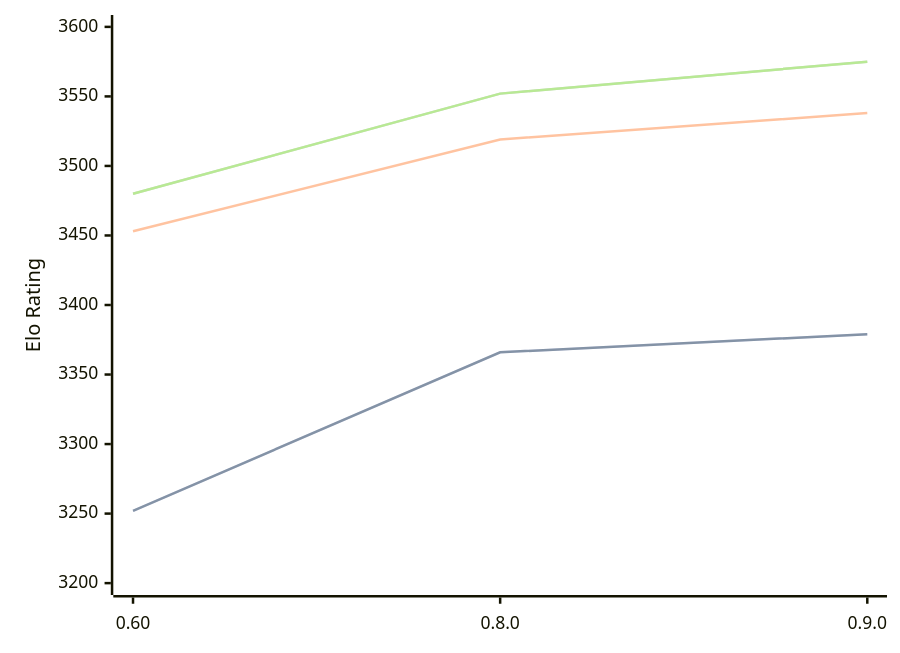
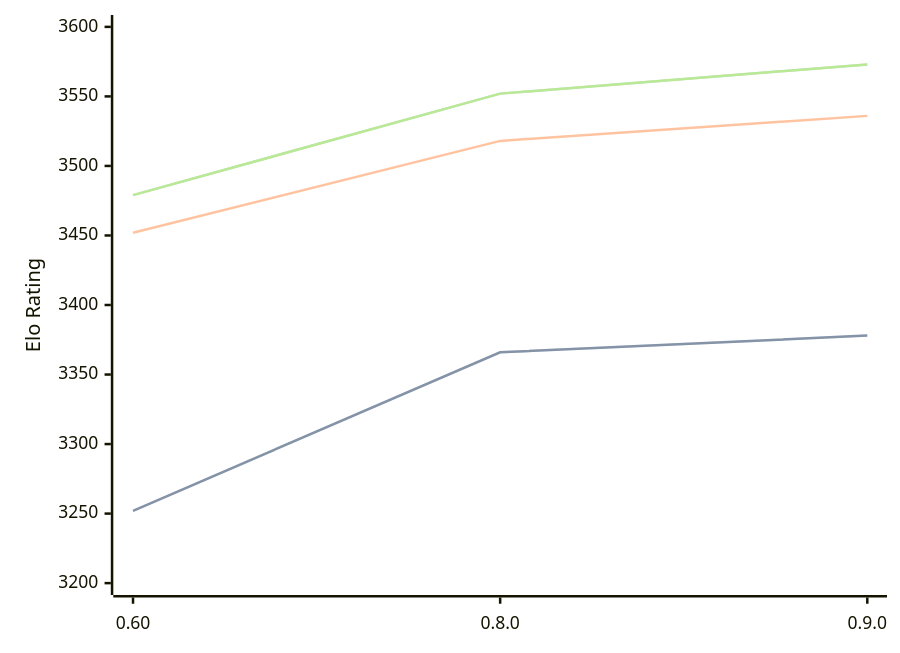
Before and after one commit to computer-chess-index/cci: the diagram in engines/Motor.md, drawn with Mermaid. The commit also changed other lines of this file, not shown here.

Commit message:
Update CCI Ratings (ELO VLTC) - 2026-03-04

````diff
--- a/engines/Motor.md
+++ b/engines/Motor.md
@@ -37,11 +37,11 @@
 ```mermaid
 %%{init: {"theme":"base","themeVariables":{"seriesColors:['#a3a3a3','#222221','#faa371']}}}%%
 xychart-beta
   x-axis ["0.60", "0.8.0", "0.9.0"]
   y-axis "Elo Rating" 3200 --> 3600
-  line "STC (8.0+0.08s)" [3252, 3366, 3379]
-  line "STC (8.0+0.08s)" [3252, 3366, 3379]
-  line "LTC (60.0+0.60s)" [3453, 3519, 3538]
-  line "VLTC (2m24s+1.12s)" [3480, 3552, 3575]
-  line "VLTC (2m24s+1.12s)" [3480, 3552, 3575]
+  line "STC (8.0+0.08s)" [3252, 3366, 3378]
+  line "STC (8.0+0.08s)" [3252, 3366, 3378]
+  line "LTC (60.0+0.60s)" [3452, 3518, 3536]
+  line "VLTC (2m24s+1.12s)" [3479, 3552, 3573]
+  line "VLTC (2m24s+1.12s)" [3479, 3552, 3573]
 ```
````
